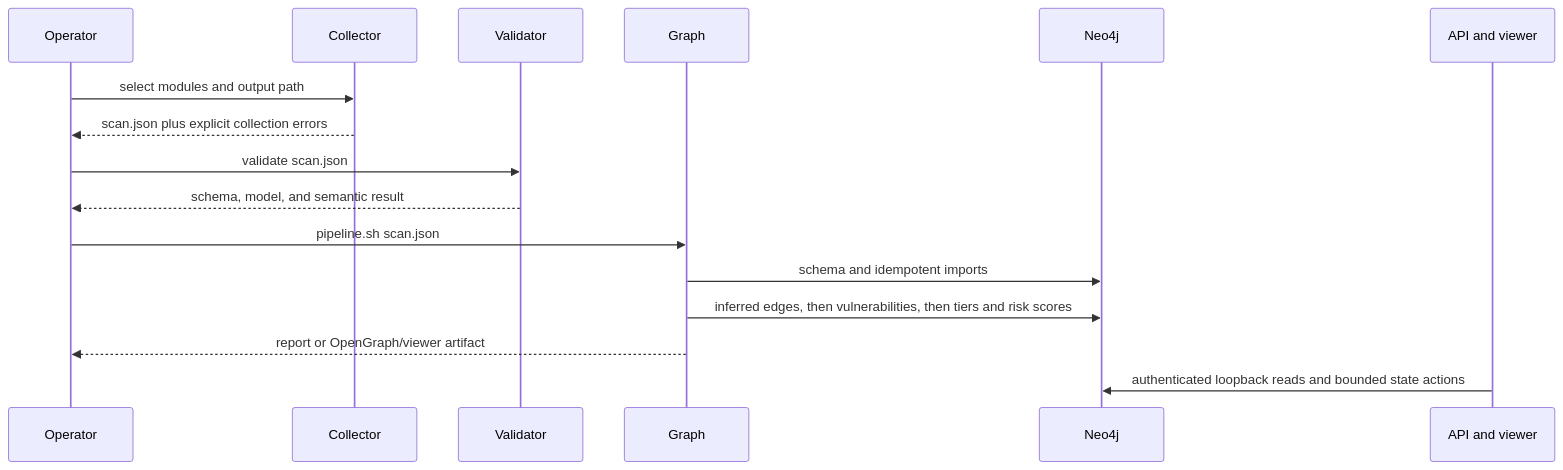
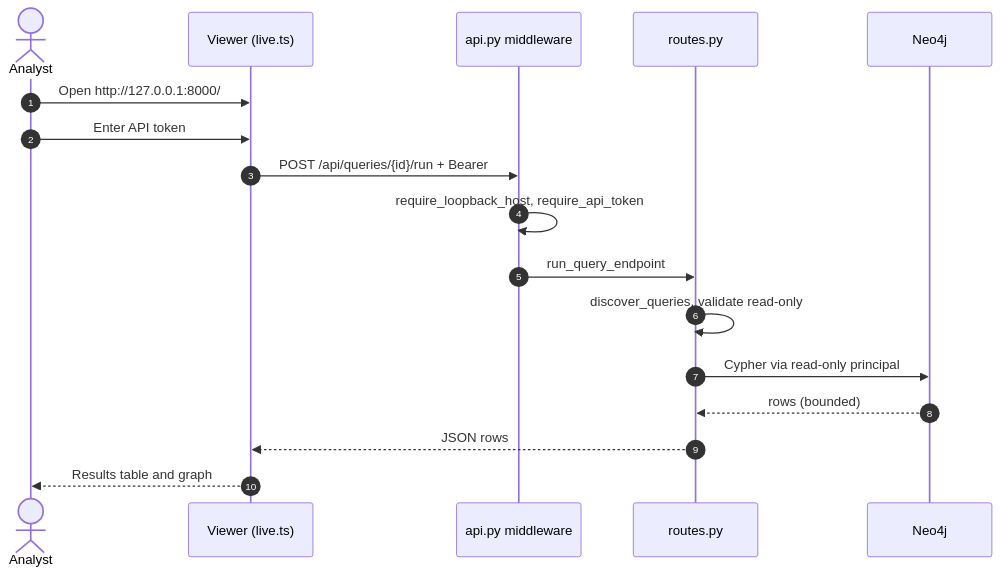
The fifth of 7 diagrams in docs/ARCHITECTURE.md (sebastianspicker/rootstock-macos), drawn with Mermaid before and after one commit. The commit also changed other lines of this file and 2 other files, not shown here.

First line of the commit message:
Document how Rootstock runs, with code-linked architecture diagrams

````diff
--- a/docs/ARCHITECTURE.md
+++ b/docs/ARCHITECTURE.md
@@ -49,19 +180,19 @@
 ```mermaid
 sequenceDiagram
-    participant Operator
-    participant Collector
-    participant Validator
-    participant Graph
-    participant Neo4j
-    participant APIViewer as API and viewer
-
-    Operator->>Collector: select modules and output path
-    Collector-->>Operator: scan.json plus explicit collection errors
-    Operator->>Validator: validate scan.json
-    Validator-->>Operator: schema, model, and semantic result
-    Operator->>Graph: pipeline.sh scan.json
-    Graph->>Neo4j: schema and idempotent imports
-    Graph->>Neo4j: inferred edges, then vulnerabilities, then tiers and risk scores
-    Graph-->>Operator: report or OpenGraph/viewer artifact
-    APIViewer->>Neo4j: authenticated loopback reads and bounded state actions
+    autonumber
+    actor A as Analyst
+    participant ui as Viewer (live.ts)
+    participant mw as api.py middleware
+    participant routes as routes.py
+    participant neo4j as Neo4j
+    A->>ui: Open http://127.0.0.1:8000/
+    A->>ui: Enter API token
+    ui->>mw: POST /api/queries/{id}/run + Bearer
+    mw->>mw: require_loopback_host, require_api_token
+    mw->>routes: run_query_endpoint
+    routes->>routes: discover_queries, validate read-only
+    routes->>neo4j: Cypher via read-only principal
+    neo4j-->>routes: rows (bounded)
+    routes-->>ui: JSON rows
+    ui-->>A: Results table and graph
 ```
````
